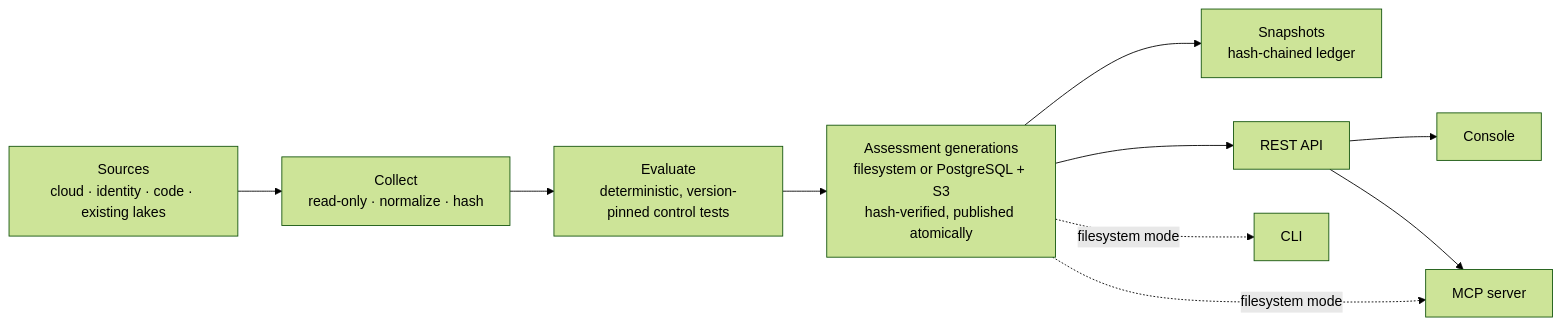
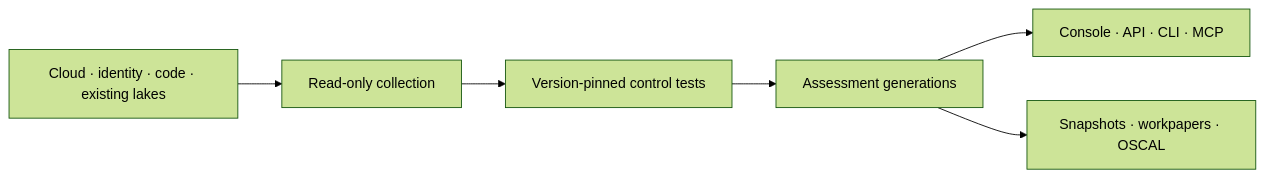
The diagram in README.md (koda-ai-studio/grc-lake), drawn with Mermaid (forest theme) before and after one commit. The commit also changed other lines of this file and 4 other files, not shown here.

````diff
--- a/README.md
+++ b/README.md
@@ -110,18 +118,8 @@
 ```mermaid
 flowchart LR
-  Sources["Sources<br/>cloud · identity · code · existing lakes"]
-  Collect["Collect<br/>read-only · normalize · hash"]
-  Evaluate["Evaluate<br/>deterministic, version-pinned control tests"]
-  Generations["Assessment generations<br/>filesystem or PostgreSQL + S3<br/>hash-verified, published atomically"]
-  Snapshots["Snapshots<br/>hash-chained ledger"]
-  API["REST API"]
-  Console["Console"]
-  MCP["MCP server"]
-  CLI["CLI"]
-  Sources --> Collect --> Evaluate --> Generations --> Snapshots
-  Generations --> API
-  API --> Console
-  API --> MCP
-  Generations -. filesystem mode .-> CLI
-  Generations -. filesystem mode .-> MCP
+  Sources["Cloud · identity · code · existing lakes"] --> Collect["Read-only collection"]
+  Collect --> Evaluate["Version-pinned control tests"]
+  Evaluate --> Assessments["Assessment generations"]
+  Assessments --> Review["Console · API · CLI · MCP"]
+  Assessments --> Export["Snapshots · workpapers · OSCAL"]
 ```
````
